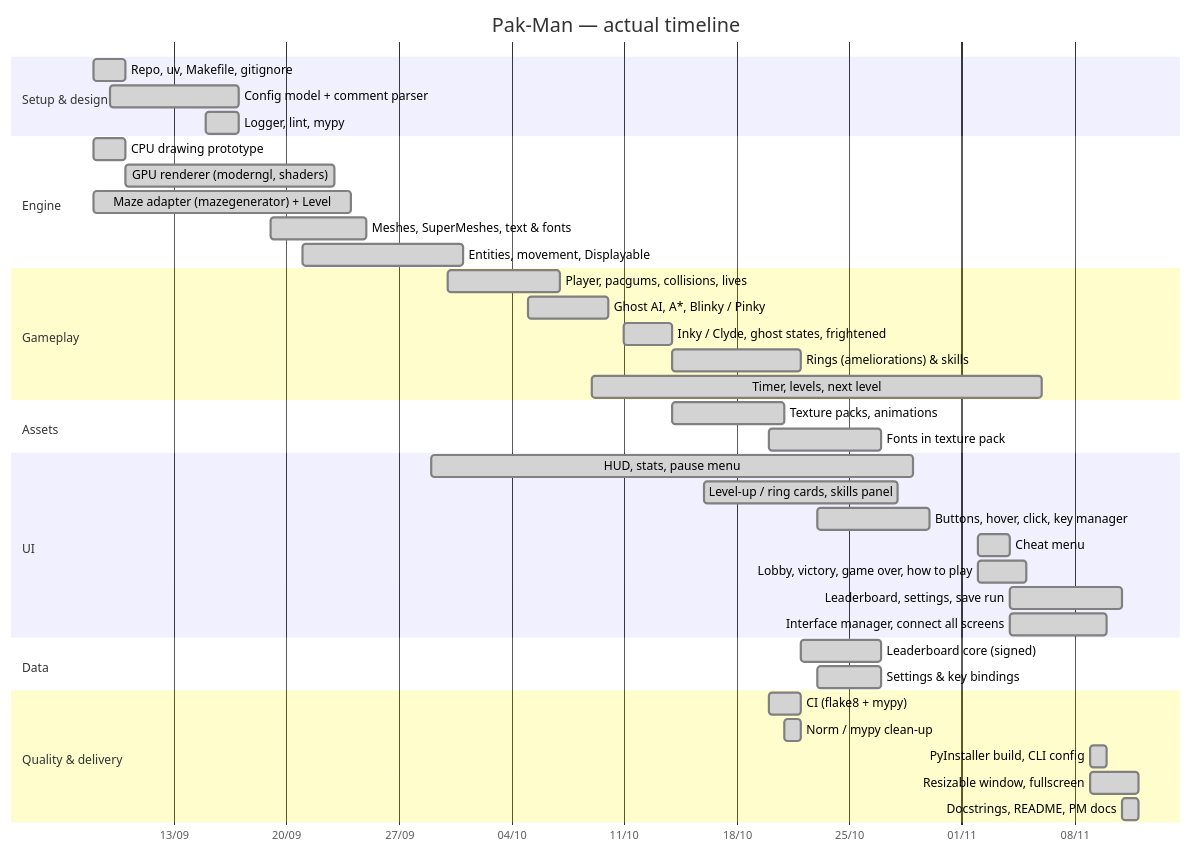
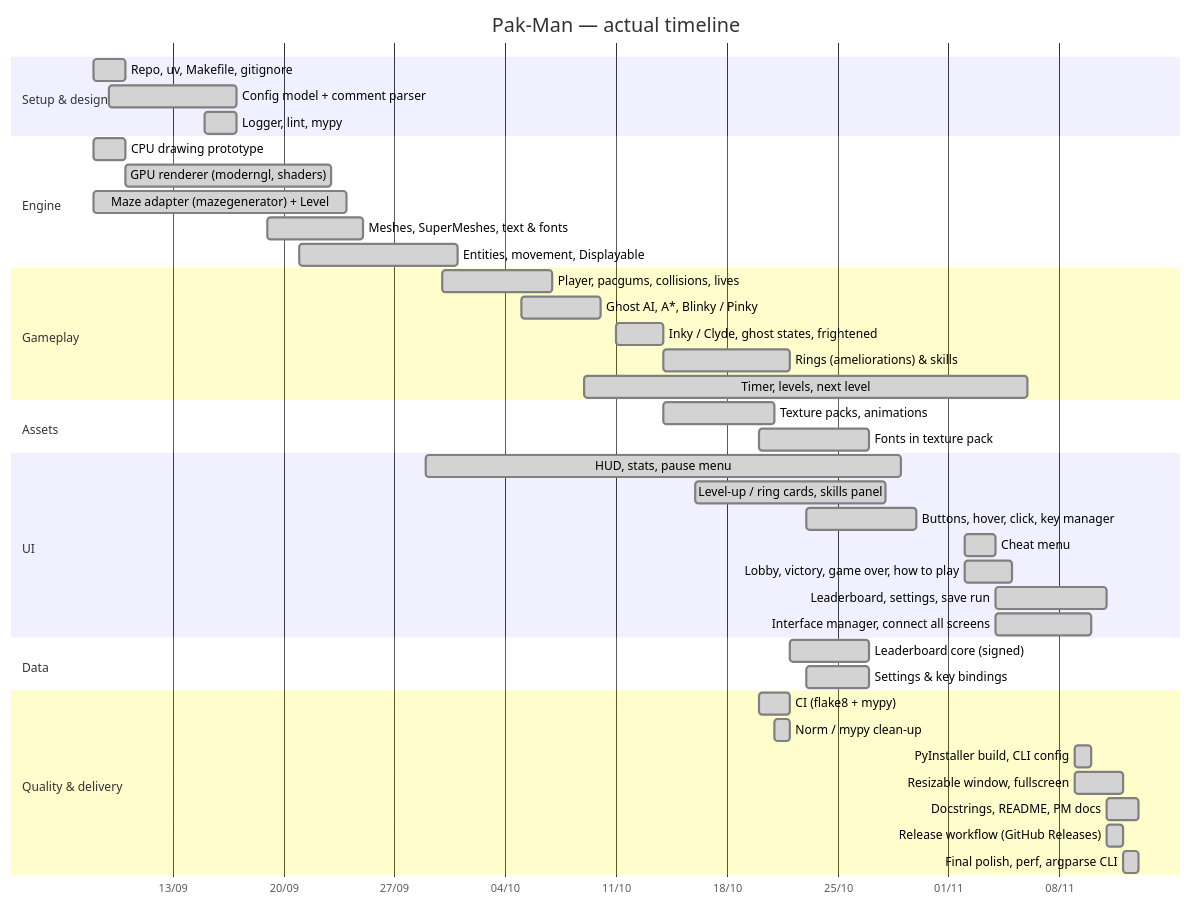
Before and after one commit to B4nJuice/42-Pak-man: the first of 2 diagrams in project_management/timeline.md, drawn with Mermaid. The commit also changed other lines of this file and 2 other files, not shown here.

First line of the commit message:
docs: update project management from git log

````diff
--- a/project_management/timeline.md
+++ b/project_management/timeline.md
@@ -8,49 +8,51 @@
 ```mermaid
 gantt
     title Pak-Man — actual timeline
     dateFormat YYYY-MM-DD
     axisFormat %d/%m
 
     section Setup & design
     Repo, uv, Makefile, gitignore          :done, s1, 2026-09-08, 2d
     Config model + comment parser          :done, s3, 2026-09-09, 8d
     Logger, lint, mypy                     :done, s4, 2026-09-15, 2d
 
     section Engine
     CPU drawing prototype                  :done, e1, 2026-09-08, 2d
     GPU renderer (moderngl, shaders)       :done, e2, 2026-09-10, 13d
     Maze adapter (mazegenerator) + Level   :done, e3, 2026-09-08, 16d
     Meshes, SuperMeshes, text & fonts      :done, e4, 2026-09-19, 6d
     Entities, movement, Displayable        :done, e5, 2026-09-21, 10d
 
     section Gameplay
     Player, pacgums, collisions, lives     :done, g1, 2026-09-30, 7d
     Ghost AI, A*, Blinky / Pinky           :done, g2, 2026-10-05, 5d
     Inky / Clyde, ghost states, frightened :done, g3, 2026-10-11, 3d
     Rings (ameliorations) & skills         :done, g4, 2026-10-14, 8d
     Timer, levels, next level              :done, g5, 2026-10-09, 28d
 
     section Assets
     Texture packs, animations              :done, a1, 2026-10-14, 7d
     Fonts in texture pack                  :done, a2, 2026-10-20, 7d
 
     section UI
     HUD, stats, pause menu                 :done, u1, 2026-09-29, 30d
     Level-up / ring cards, skills panel    :done, u2, 2026-10-16, 12d
     Buttons, hover, click, key manager     :done, u3, 2026-10-23, 7d
     Cheat menu                             :done, u4, 2026-11-02, 2d
     Lobby, victory, game over, how to play :done, u5, 2026-11-02, 3d
     Leaderboard, settings, save run        :done, u6, 2026-11-04, 7d
     Interface manager, connect all screens :done, u7, 2026-11-04, 6d
 
     section Data
     Leaderboard core (signed)              :done, d1, 2026-10-22, 5d
     Settings & key bindings                :done, d2, 2026-10-23, 4d
 
     section Quality & delivery
     CI (flake8 + mypy)                     :done, q1, 2026-10-20, 2d
     Norm / mypy clean-up                   :done, q2, 2026-10-21, 1d
     PyInstaller build, CLI config          :done, q3, 2026-11-09, 1d
     Resizable window, fullscreen           :done, q4, 2026-11-09, 3d
-    Docstrings, README, PM docs            :done, q5, 2026-11-11, 1d
+    Docstrings, README, PM docs            :done, q5, 2026-11-11, 2d
+    Release workflow (GitHub Releases)     :done, q6, 2026-11-11, 1d
+    Final polish, perf, argparse CLI       :done, q7, 2026-11-12, 1d
 ```
````
